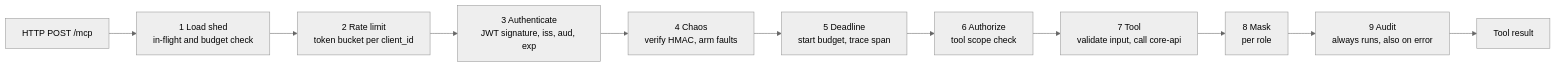
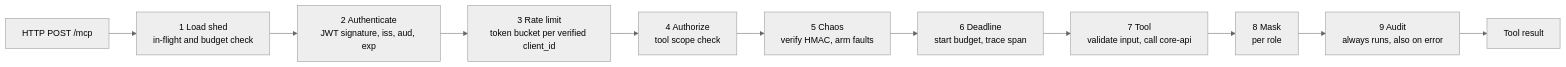
Before and after one commit to sourav-dhar/ledgerlens-mcp: the diagram in docs/architecture/lld/mcp-gateway.md, drawn with Mermaid (neutral theme). The commit also changed other lines of this file, not shown here.

Commit message:
docs(architecture): authenticate before the per-client rate limit
The gateway pipeline rate-limited before verifying the token, keyed on
an unverified client_id claim. A forged token could then drain a
victim's bucket and lock them out with 429s. The limit now runs after
authentication and keys on the verified client_id; unauthenticated
floods are absorbed earlier by API Gateway throttling, and JWT checks
against a cached JWKS stay cheap.

````diff
--- a/docs/architecture/lld/mcp-gateway.md
+++ b/docs/architecture/lld/mcp-gateway.md
@@ -43,13 +43,13 @@
 ```mermaid
 flowchart LR
     req["HTTP POST /mcp"] --> shed["1 Load shed<br/>in-flight and budget check"]
-    shed --> rl["2 Rate limit<br/>token bucket per client_id"]
-    rl --> authn["3 Authenticate<br/>JWT signature, iss, aud, exp"]
-    authn --> chaos["4 Chaos<br/>verify HMAC, arm faults"]
-    chaos --> dl["5 Deadline<br/>start budget, trace span"]
-    dl --> authz["6 Authorize<br/>tool scope check"]
-    authz --> tool["7 Tool<br/>validate input, call core-api"]
+    shed --> authn["2 Authenticate<br/>JWT signature, iss, aud, exp"]
+    authn --> rl["3 Rate limit<br/>token bucket per verified client_id"]
+    rl --> authz["4 Authorize<br/>tool scope check"]
+    authz --> chaos["5 Chaos<br/>verify HMAC, arm faults"]
+    chaos --> dl["6 Deadline<br/>start budget, trace span"]
+    dl --> tool["7 Tool<br/>validate input, call core-api"]
     tool --> mask["8 Mask<br/>per role"]
     mask --> audit["9 Audit<br/>always runs, also on error"]
     audit --> resp["Tool result"]
 ```
````
